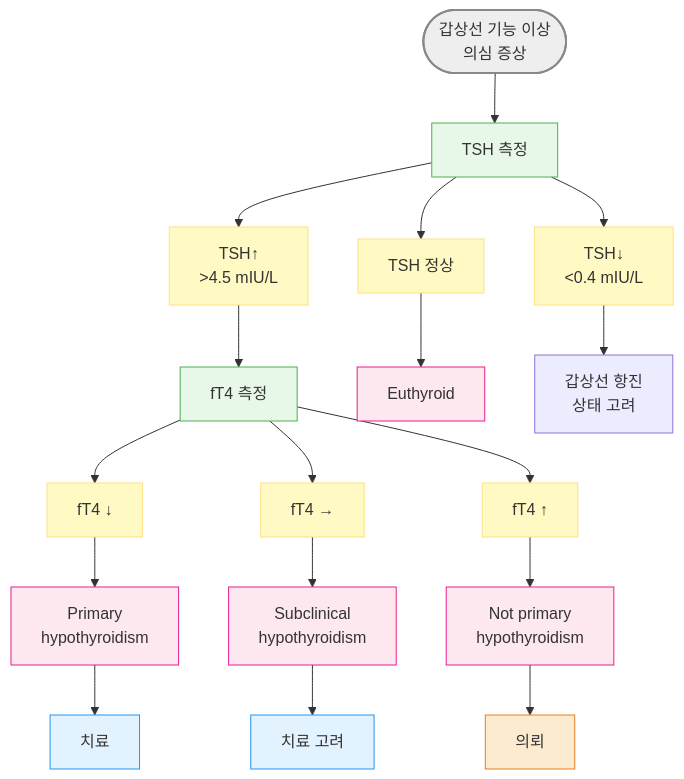
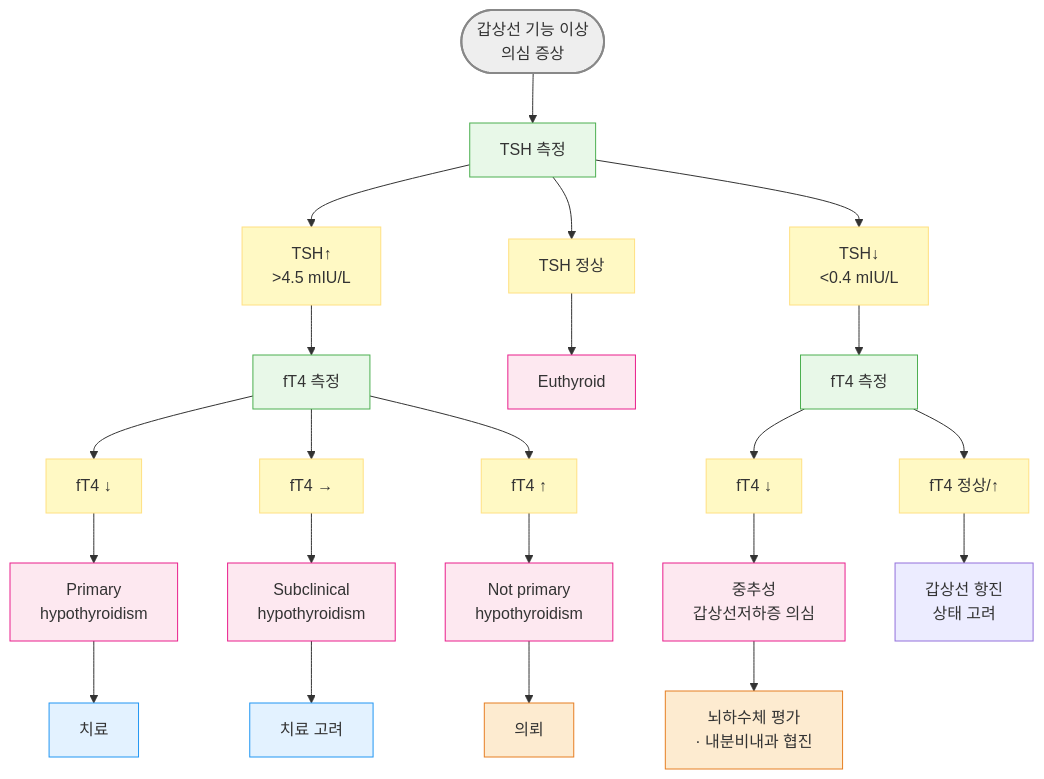
Before and after one commit to familyoh77/familyoh77: the first of 2 diagrams in 226_/105_-hypothyroidism.md, drawn with Mermaid. The commit also changed other lines of this file, not shown here.

````diff
--- a/226_/105_-hypothyroidism.md
+++ b/226_/105_-hypothyroidism.md
@@ -104,36 +105,44 @@
 ```mermaid
 flowchart TD
     %% Nodes
     Start(["갑상선 기능 이상<br>의심 증상"]) --> TSH["TSH 측정"]
 
     %% TSH Branches
     TSH --> TSH_High["TSH↑<br>>4.5 mIU/L"]
     TSH --> TSH_Normal["TSH 정상"]
     TSH --> TSH_Low["TSH↓<br><0.4 mIU/L"]
 
     %% TSH High Path
     TSH_High --> FT4_Meas["fT4 측정"]
     FT4_Meas --> FT4_Low["fT4 ↓"]
     FT4_Meas --> FT4_Normal["fT4 →"]
     FT4_Meas --> FT4_High["fT4 ↑"]
 
     FT4_Low --> Primary_Hypo["Primary<br>hypothyroidism"] --> Tx["치료"]
     FT4_Normal --> Sub_Hypo["Subclinical<br>hypothyroidism"] --> Tx_Consider["치료 고려"]
     FT4_High --> Not_Primary["Not primary<br>hypothyroidism"] --> Referral["의뢰"]
 
-    %% TSH Normal & Low Paths
+    %% TSH Normal Path
     TSH_Normal --> Euthyroid["Euthyroid"]
-    TSH_Low --> Hyper_Consider["갑상선 항진<br>상태 고려"]
+
+    %% TSH Low Path
+    TSH_Low --> FT4_Meas2["fT4 측정"]
+    FT4_Meas2 --> FT4_Low2["fT4 ↓"]
+    FT4_Meas2 --> FT4_NotLow["fT4 정상/↑"]
+
+    FT4_Low2 --> Central_Hypo["중추성<br>갑상선저하증 의심"] --> Referral2["뇌하수체 평가<br>· 내분비내과 협진"]
+    FT4_NotLow --> Hyper_Consider["갑상선 항진<br>상태 고려"]
 
     %% Styling (Optional)
 style Start fill:#eeeeee,stroke:#888888,stroke-width:2px
 classDef lightGreen fill:#e8f8e8,stroke:#4caf50
-class TSH,FT4_Meas lightGreen
+class TSH,FT4_Meas,FT4_Meas2 lightGreen
 classDef yellow fill:#fff9c4,stroke:#ffe082
-class TSH_High,TSH_Normal,TSH_Low,FT4_Low,FT4_Normal,FT4_High yellow
+class TSH_High,TSH_Normal,TSH_Low,FT4_Low,FT4_Normal,FT4_High,FT4_Low2,FT4_NotLow yellow
 classDef pink fill:#fde8f0,stroke:#e91e8c
-class Primary_Hypo,Sub_Hypo,Not_Primary,Euthyroid pink
+class Primary_Hypo,Sub_Hypo,Not_Primary,Euthyroid,Central_Hypo pink
 classDef sky fill:#e3f2ff,stroke:#2196f3
 class Tx,Tx_Consider sky
 style Referral fill:#fdebd0,stroke:#e67e22
+style Referral2 fill:#fdebd0,stroke:#e67e22
 ```
````
